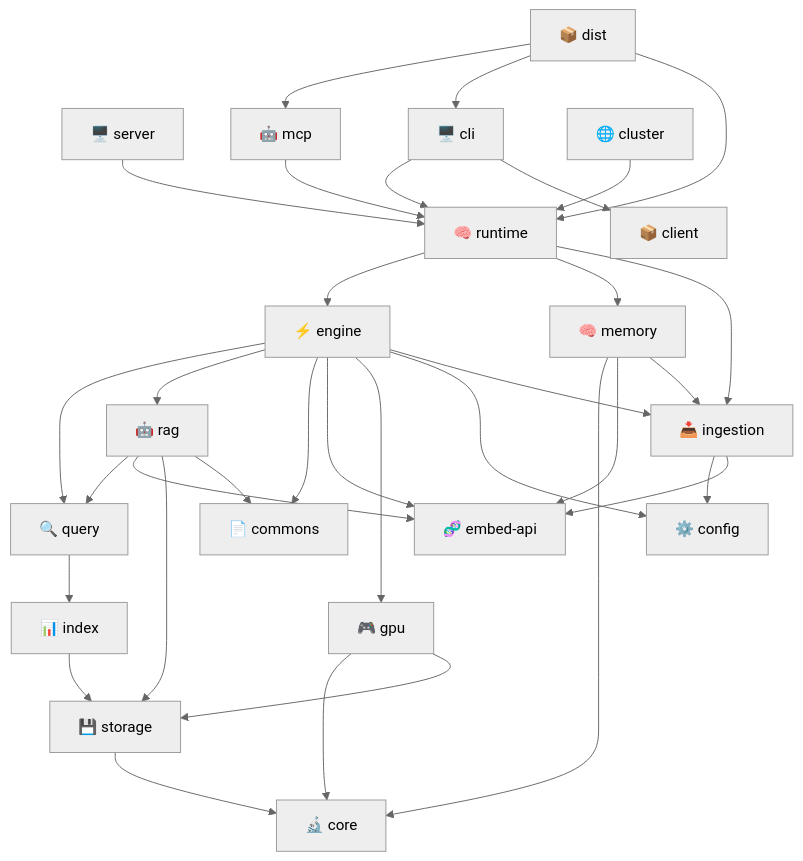
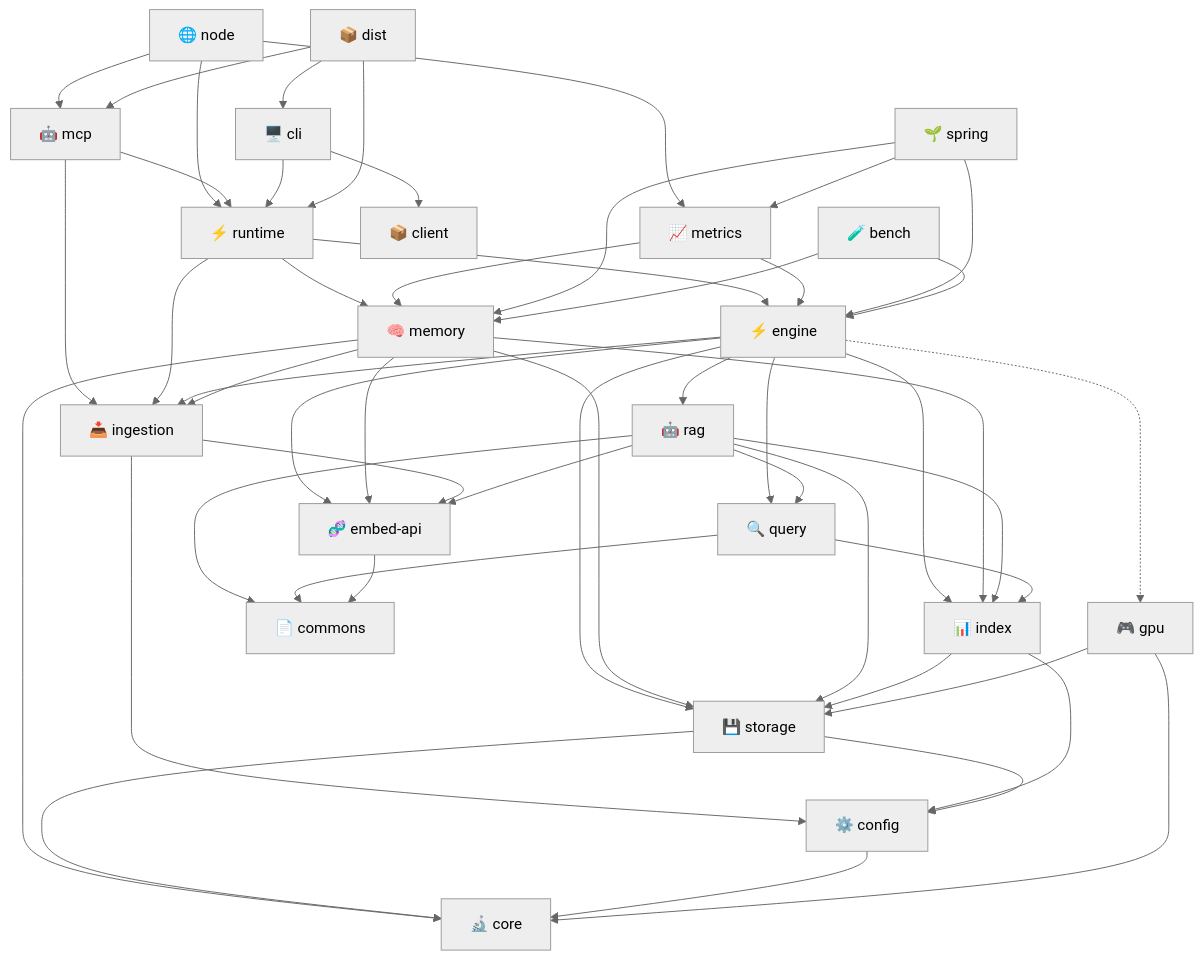
Before and after one commit to spectrayan/spector-search: the second of 7 diagrams in docs/docs/architecture/overview.md, drawn with Mermaid (neutral theme). The commit also changed other lines of this file and 22 other files, not shown here.

````diff
--- a/docs/docs/architecture/overview.md
+++ b/docs/docs/architecture/overview.md
@@ -67,43 +66,62 @@
 ```mermaid
 graph TD
-    server["🖥️ server"] --> runtime["🧠 runtime"]
-    mcp["🤖 mcp"] --> runtime
+    node["🌐 node"] --> runtime["⚡ runtime"]
+    node --> mcp["🤖 mcp"]
+    node --> metrics["📈 metrics"]
+    mcp --> runtime
+    mcp --> ingestion["📥 ingestion"]
     cli["🖥️ cli"] --> runtime
     cli --> client["📦 client"]
 
     runtime --> engine["⚡ engine"]
     runtime --> memory["🧠 memory"]
-    runtime --> ingestion["📥 ingestion"]
+    runtime --> ingestion
 
-    cluster["🌐 cluster"] --> runtime
     engine --> query["🔍 query"]
     engine --> rag["🤖 rag"]
-    engine --> commons["📄 commons"]
+    engine --> ingestion
+    engine --> index["📊 index"]
+    engine --> storage["💾 storage"]
     engine --> embedapi["🧬 embed-api"]
-    engine --> gpu["🎮 gpu"]
-    engine --> config["⚙️ config"]
+    engine -.-> gpu["🎮 gpu"]
 
+    memory --> index
+    memory --> storage
+    memory --> ingestion
+    memory --> embedapi
     memory --> core["🔬 core"]
-    memory --> embedapi
-    engine --> ingestion["📥 ingestion"]
-    memory --> ingestion
 
-    ingestion --> config
+    metrics --> engine
+    metrics --> memory
+
+    ingestion --> config["⚙️ config"]
     ingestion --> embedapi
 
     rag --> query
+    rag --> index
+    rag --> storage
     rag --> embedapi
-    rag --> storage
-    rag --> commons
+    rag --> commons["📄 commons"]
 
-    query --> index["📊 index"]
-    index --> storage["💾 storage"]
+    query --> index
+    query --> commons
+    index --> storage
+    index --> config
+    storage --> config
     storage --> core
+    config --> core
 
+    embedapi --> commons
     gpu --> core
     gpu --> storage
 
     dist["📦 dist"] --> mcp
     dist --> cli
     dist --> runtime
+
+    spring["🌱 spring"] --> engine
+    spring --> memory
+    spring --> metrics
+    bench["🧪 bench"] --> engine
+    bench --> memory
 ```
````
